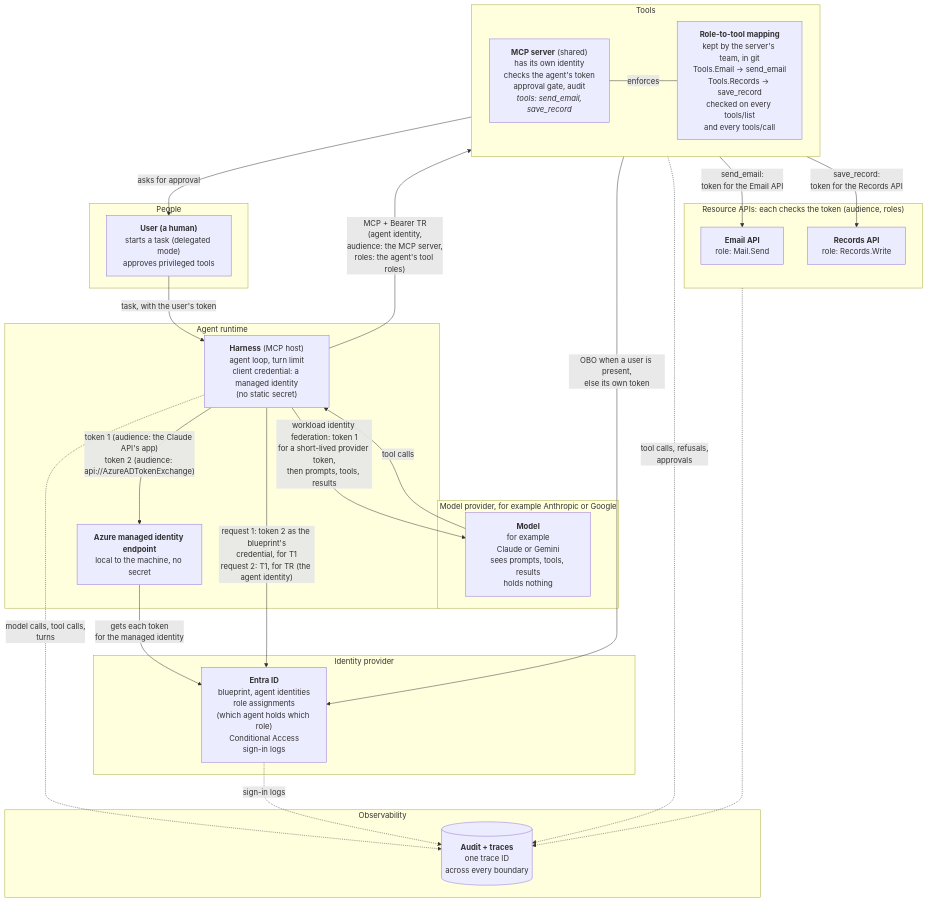
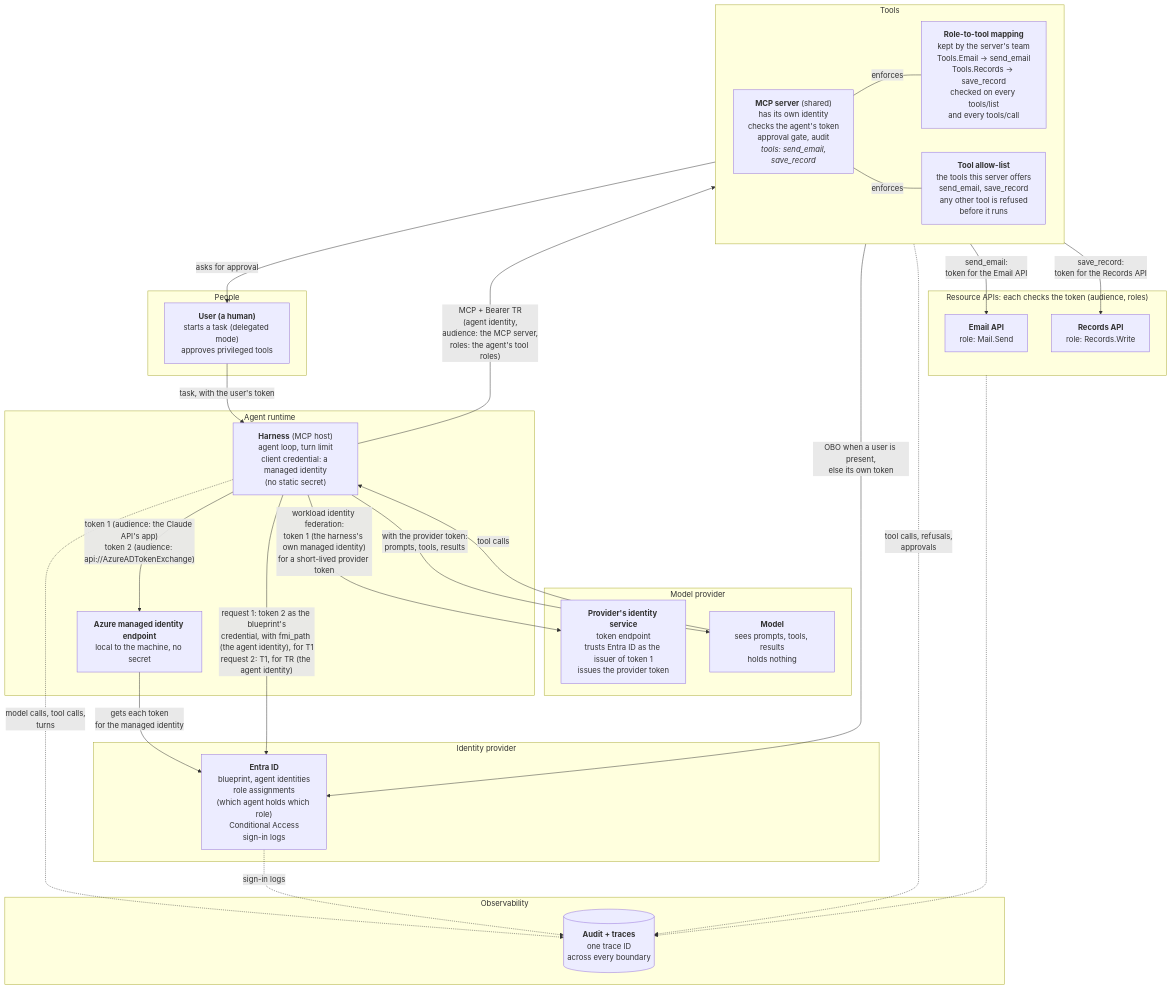
One commit to alireza-mpr/agent-steward changed the first of 3 diagrams in docs/agent-architecture.md. Above: the diagram before and after it, drawn with Mermaid. The commit also changed other lines of this file and 5 other files, not shown here.

````diff
--- a/docs/agent-architecture.md
+++ b/docs/agent-architecture.md
@@ -61,53 +61,57 @@
 ```mermaid
 flowchart TB
     subgraph PEOPLE["People"]
         USER["<b>User (a human)</b><br/>starts a task (delegated mode)<br/>approves privileged tools"]
     end
 
-    subgraph PROVIDER["Model provider, for example Anthropic or Google"]
-        MODEL["<b>Model</b><br/>for example<br/>Claude or Gemini<br/>sees prompts, tools, results<br/>holds nothing"]
+    subgraph PROVIDER["Model provider"]
+        PIDP["<b>Provider's identity service</b><br/>token endpoint<br/>trusts Entra ID as the issuer of token 1<br/>issues the provider token"]
+        MODEL["<b>Model</b><br/>sees prompts, tools, results<br/>holds nothing"]
     end
 
     subgraph RUNTIME["Agent runtime"]
         HARNESS["<b>Harness</b> (MCP host)<br/>agent loop, turn limit<br/>client credential: a managed identity<br/>(no static secret)"]
         MI["<b>Azure managed identity endpoint</b><br/>local to the machine, no secret"]
     end
 
     subgraph GATEWAY["Tools"]
         direction LR
         MCP["<b>MCP server</b> (shared)<br/>has its own identity<br/>checks the agent's token<br/>approval gate, audit<br/><i>tools: send_email,<br/>save_record</i>"]
-        MAP["<b>Role-to-tool mapping</b><br/>kept by the server's team, in git<br/>Tools.Email → send_email<br/>Tools.Records → save_record<br/>checked on every tools/list<br/>and every tools/call"]
+        MAP["<b>Role-to-tool mapping</b><br/>kept by the server's team<br/>Tools.Email → send_email<br/>Tools.Records → save_record<br/>checked on every tools/list<br/>and every tools/call"]
+        ALLOW["<b>Tool allow-list</b><br/>the tools this server offers<br/>send_email, save_record<br/>any other tool is refused<br/>before it runs"]
         MCP -- "enforces" --- MAP
+        MCP -- "enforces" --- ALLOW
     end
 
     subgraph RESOURCES["Resource APIs: each checks the token (audience, roles)"]
         EMAIL["<b>Email API</b><br/>role: Mail.Send"]
         RECORDS["<b>Records API</b><br/>role: Records.Write"]
     end
 
     subgraph IDP["Identity provider"]
         ENTRA["<b>Entra ID</b><br/>blueprint, agent identities<br/>role assignments<br/>(which agent holds which role)<br/>Conditional Access<br/>sign-in logs"]
     end
 
     subgraph OBS["Observability"]
         LOGS[("<b>Audit + traces</b><br/>one trace ID<br/>across every boundary")]
     end
 
     USER -- "task, with the user's token" --> HARNESS
     HARNESS -- "token 1 (audience: the Claude API's app)<br/>token 2 (audience: api://AzureADTokenExchange)" --> MI
     MI -- "gets each token<br/>for the managed identity" --> ENTRA
-    HARNESS -- "workload identity federation: token 1<br/>for a short-lived provider token,<br/>then prompts, tools, results" --> MODEL
+    HARNESS -- "workload identity federation:<br/>token 1 (the harness's own managed identity)<br/>for a short-lived provider token" --> PIDP
+    HARNESS -- "with the provider token:<br/>prompts, tools, results" --> MODEL
     MODEL -- "tool calls" --> HARNESS
-    HARNESS -- "request 1: token 2 as the blueprint's<br/>credential, for T1<br/>request 2: T1, for TR (the agent identity)" --> ENTRA
+    HARNESS -- "request 1: token 2 as the blueprint's<br/>credential, with fmi_path (the agent identity), for T1<br/>request 2: T1, for TR (the agent identity)" --> ENTRA
     %% These links attach to the Tools box, not to the MCP node: Mermaid keeps the box's
     %% "direction LR" (the two boxes side by side) only when no node inside it links outside.
     HARNESS -- "MCP + Bearer TR<br/>(agent identity,<br/>audience: the MCP server,<br/>roles: the agent's tool roles)" --> GATEWAY
     GATEWAY -- "OBO when a user is present,<br/>else its own token" --> ENTRA
     GATEWAY -- "send_email:<br/>token for the Email API" --> EMAIL
     GATEWAY -- "save_record:<br/>token for the Records API" --> RECORDS
     GATEWAY -- "asks for approval" --> USER
     HARNESS -. "model calls, tool calls,<br/>turns" .-> LOGS
     GATEWAY -. "tool calls, refusals,<br/>approvals" .-> LOGS
     RESOURCES -.-> LOGS
     ENTRA -. "sign-in logs" .-> LOGS
 ```
````
